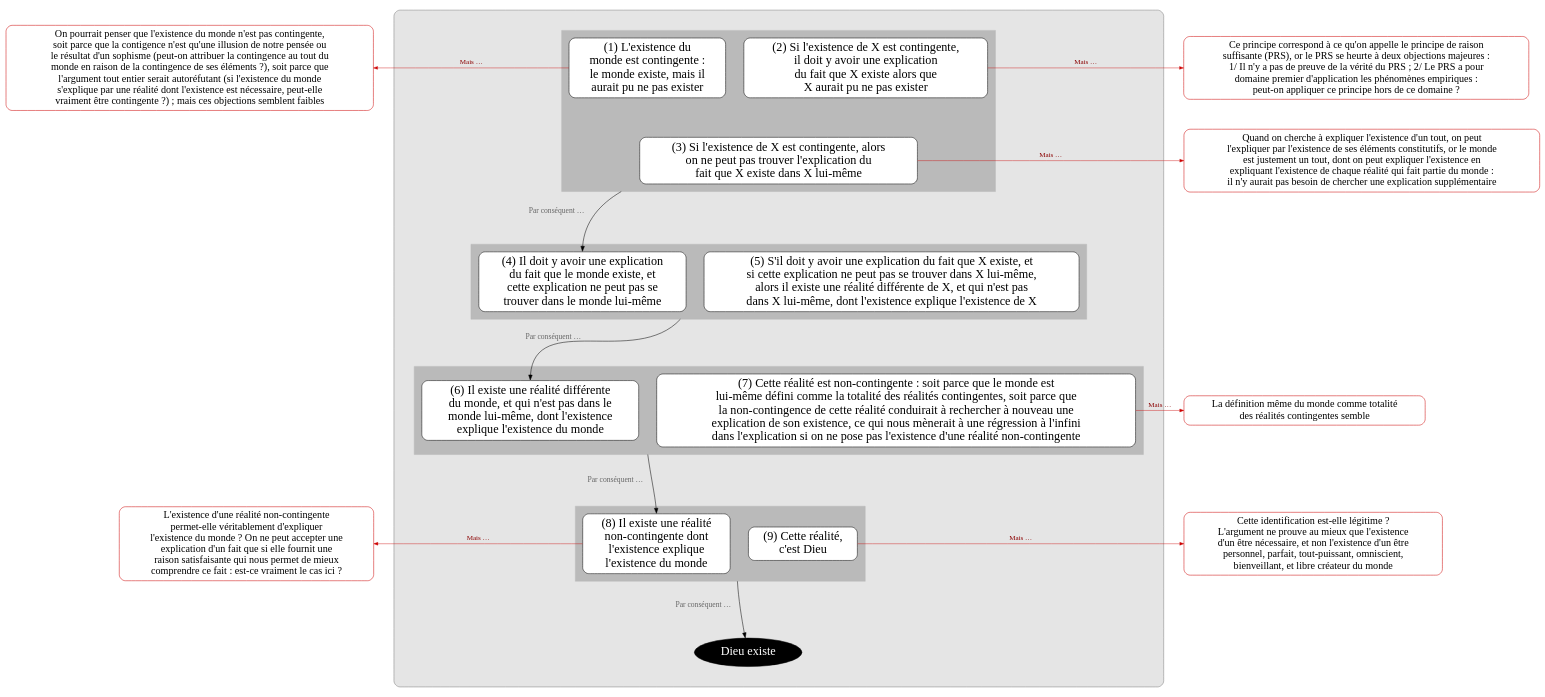
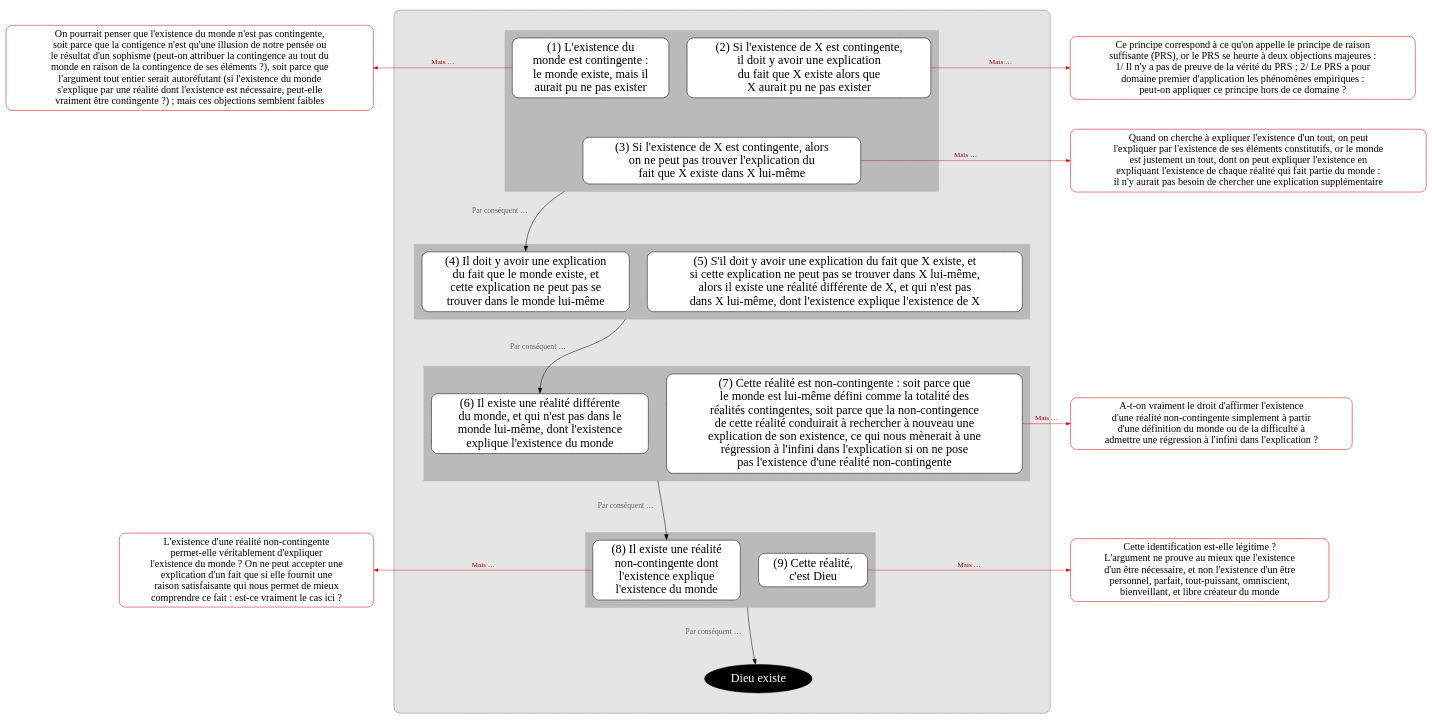
Before and after one commit to eyssette/graphviz-examples: the diagram in argument/argument-cosmologique1.dot, drawn with Graphviz.

```diff
--- a/argument/argument-cosmologique1.dot
+++ b/argument/argument-cosmologique1.dot
@@ -1,165 +1,169 @@
 digraph G {
 splines=true
 newrank=true
 compound=true
 
 node[color=red3, style="rounded, filled", shape="box", fillcolor=white, penwidth=1, fontcolor=black, fontsize=20, margin=0.1]
 o1[label="On pourrait penser que l'existence du monde n'est pas contingente,
 soit parce que la contigence n'est qu'une illusion de notre pensée ou
 le résultat d'un sophisme (peut-on attribuer la contingence au tout du
 monde en raison de la contingence de ses éléments ?), soit parce que
 l'argument tout entier serait autoréfutant (si l'existence du monde
 s'explique par une réalité dont l'existence est nécessaire, peut-elle
 vraiment être contingente ?) ; mais ces objections semblent faibles"]
 
 
 
 
 o8[label="L'existence d'une réalité non-contingente
 permet-elle véritablement d'expliquer
 l'existence du monde ? On ne peut accepter une
 explication d'un fait que si elle fournit une
 raison satisfaisante qui nous permet de mieux
 comprendre ce fait : est-ce vraiment le cas ici ?"]
 
 node[shape=box, fillcolor=white, style="filled,rounded", color=black, fontsize=24, penwidth=1,fontcolor=black, margin=0.1]
 edge[color=red3, penwidth=0.8, arrowsize=0.8, label=" Mais …", fontcolor=red4,fontsize=14]
 
 {rank=same;o1->p1[dir=back]}
 {rank=same;o8->p8[dir=back]}
 
 
 subgraph cluster_0 {
 bgcolor=grey90
 style=rounded
 color=grey50
 margin=40
 
 
 
 node[shape=box, fillcolor=white, style="filled,rounded", color=black]
 edge[label="",xlabel="Par conséquent … ",fontcolor=grey40;fontsize=15,minlen=3,color=black,penwidth=1, arrowsize=1]
 
 
 
 
 //p2:s->p3:n[ltail=cluster_1]
 //p2:w->p3:n[ltail=cluster_1]
 //p3[label="(3) Lemme 1"]
 
 
 subgraph cluster_2 {
 style="box"
 margin=15
 bgcolor=grey73
 color=grey73
 
 p1[label="(1) L'existence du
 monde est contingente :
 le monde existe, mais il
 aurait pu ne pas exister"]
 
 p2[label="(2) Si l'existence de X est contingente,
 il doit y avoir une explication
 du fait que X existe alors que
 X aurait pu ne pas exister"]
 
 p3[label="(3) Si l'existence de X est contingente, alors
 on ne peut pas trouver l'explication du
 fait que X existe dans X lui-même"]
 }
 {rank=same;p1->p2[style=invis,xlabel="",minlen=1]}
 {p1;p2}->p3[style=invis,xlabel="",minlen=1]
 
 p3->p4:n[ltail=cluster_2,minlen=3]
 
 
 subgraph cluster_3 {
 style="box"
 margin=15
 bgcolor=grey73
 color=grey73
 p4[label="(4) Il doit y avoir une explication
 du fait que le monde existe, et
 cette explication ne peut pas se
 trouver dans le monde lui-même"]
 
 p5[label="(5) S'il doit y avoir une explication du fait que X existe, et
 si cette explication ne peut pas se trouver dans X lui-même,
 alors il existe une réalité différente de X, et qui n'est pas
 dans X lui-même, dont l'existence explique l'existence de X"]
 }
 {rank=same;p4->p5[style=invis,xlabel="",minlen=1]}
 
 p4:e->p6:n[ltail=cluster_3]
 
 
 subgraph cluster_4 {
 style="box"
 margin=15
 bgcolor=grey73
 color=grey73
 p6[label="(6) Il existe une réalité différente
 du monde, et qui n'est pas dans le
 monde lui-même, dont l'existence
 explique l'existence du monde"]
-p7[label="(7) Cette réalité est non-contingente : soit parce que le monde est 
-lui-même défini comme la totalité des réalités contingentes, soit parce que
-la non-contingence de cette réalité conduirait à rechercher à nouveau une
-explication de son existence, ce qui nous mènerait à une régression à l'infini
-dans l'explication si on ne pose pas l'existence d'une réalité non-contingente"]
+p7[label="(7) Cette réalité est non-contingente : soit parce que
+le monde est lui-même défini comme la totalité des
+réalités contingentes, soit parce que la non-contingence
+de cette réalité conduirait à rechercher à nouveau une
+explication de son existence, ce qui nous mènerait à une
+régression à l'infini dans l'explication si on ne pose
+pas l'existence d'une réalité non-contingente"]
 }
 {rank=same;p6->p7[style=invis,xlabel="",minlen=1]}
 
 p7:w->p8:n[ltail=cluster_4]
 
 subgraph cluster_5 {
 style="box"
 margin=15
 bgcolor=grey73
 color=grey73
 p8[label="(8) Il existe une réalité
 non-contingente dont
 l'existence explique
 l'existence du monde"]
 p9[label="(9) Cette réalité,
 c'est Dieu"]
 }
 
 {rank=same;p8->p9[style=invis,xlabel="",minlen=1]}
 
 p9:w->C:wn[ltail=cluster_5]
 
 C[label="Dieu existe",fillcolor=black, fontcolor=white, color=black, shape=ellipse]
 
 
 }
 
 node[color=red3, style="rounded, filled", shape="box", fillcolor=white, penwidth=1, fontcolor=black, fontsize=20, margin=0.1]
 o2[label="Ce principe correspond à ce qu'on appelle le principe de raison 
 suffisante (PRS), or le PRS se heurte à deux objections majeures :
 1/ Il n'y a pas de preuve de la vérité du PRS ; 2/ Le PRS a pour
 domaine premier d'application les phénomènes empiriques :
 peut-on appliquer ce principe hors de ce domaine ?"]
 {rank=same;o2->p2[dir=back]}
 
 o3[label="Quand on cherche à expliquer l'existence d'un tout, on peut 
 l'expliquer par l'existence de ses éléments constitutifs, or le monde
 est justement un tout, dont on peut expliquer l'existence en
 expliquant l'existence de chaque réalité qui fait partie du monde :
 il n'y aurait pas besoin de chercher une explication supplémentaire"]
 {rank=same;p3->o3}
 
-o7[label="La définition même du monde comme totalité
-des réalités contingentes semble "]
+o7[label="A-t-on vraiment le droit d'affirmer l'existence
+d'une réalité non-contingente simplement à partir
+d'une définition du monde ou de la difficulté à
+admettre une régression à l'infini dans l'explication ?"]
 {rank=same;p7->o7}
 
 o9[label="Cette identification est-elle légitime ?
 L'argument ne prouve au mieux que l'existence
 d'un être nécessaire, et non l'existence d'un être
 personnel, parfait, tout-puissant, omniscient, 
 bienveillant, et libre créateur du monde"]
 {rank=same;p9->o9}
 
 
 }
```
